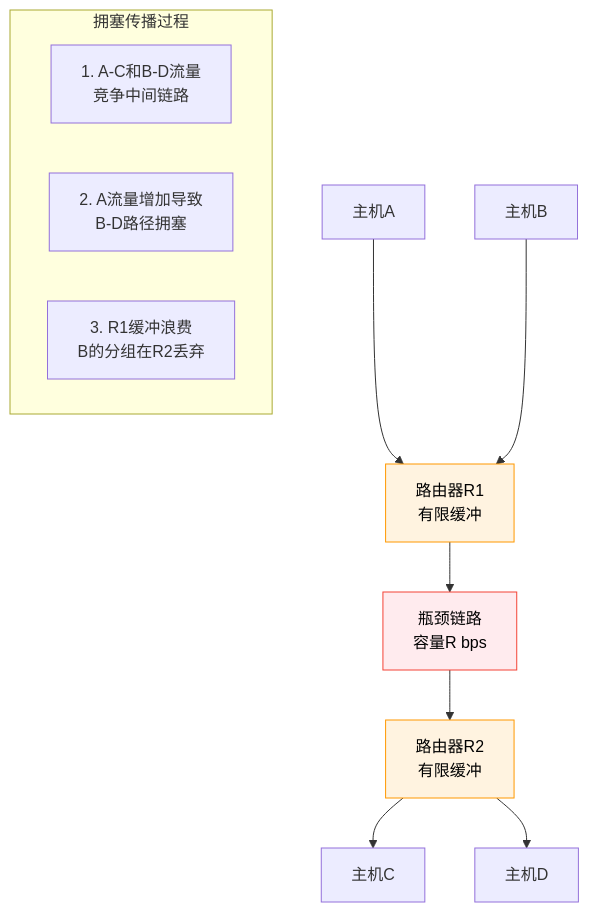
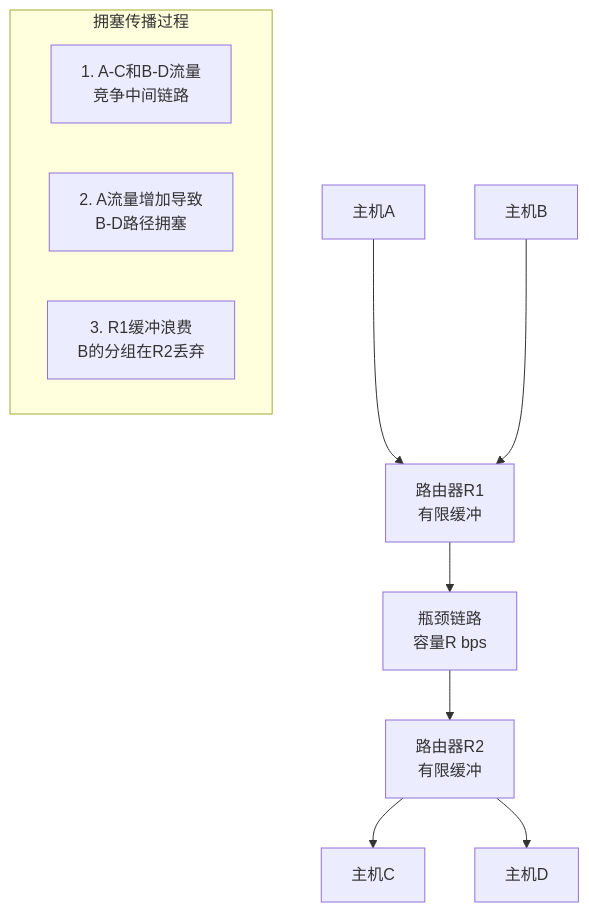
Before and after one commit to Dtheme/CS-base: the third of 9 diagrams in 计算机网络/3.6传输层：TCP拥塞控制.md, drawn with Mermaid. The commit also changed other lines of this file and 51 other files, not shown here.

````diff
--- a/计算机网络/3.6传输层：TCP拥塞控制.md
+++ b/计算机网络/3.6传输层：TCP拥塞控制.md
@@ -106,20 +101,16 @@
 ```mermaid
 graph TD
     A[主机A] --> R1[路由器R1<br/>有限缓冲]
     R1 --> R[瓶颈链路<br/>容量R bps]
     R --> R2[路由器R2<br/>有限缓冲]
     R2 --> C[主机C]
     
     B[主机B] --> R1
     R2 --> D[主机D]
     
     subgraph "拥塞传播过程"
         STEP1[1. A-C和B-D流量<br/>竞争中间链路]
         STEP2[2. A流量增加导致<br/>B-D路径拥塞]  
         STEP3[3. R1缓冲浪费<br/>B的分组在R2丢弃]
     end
-    
-    style R fill:#ffebee,stroke:#f44336,color:#000000
-    style R1 fill:#fff3e0,stroke:#ff9800,color:#000000
-    style R2 fill:#fff3e0,stroke:#ff9800,color:#000000
 ```
````
